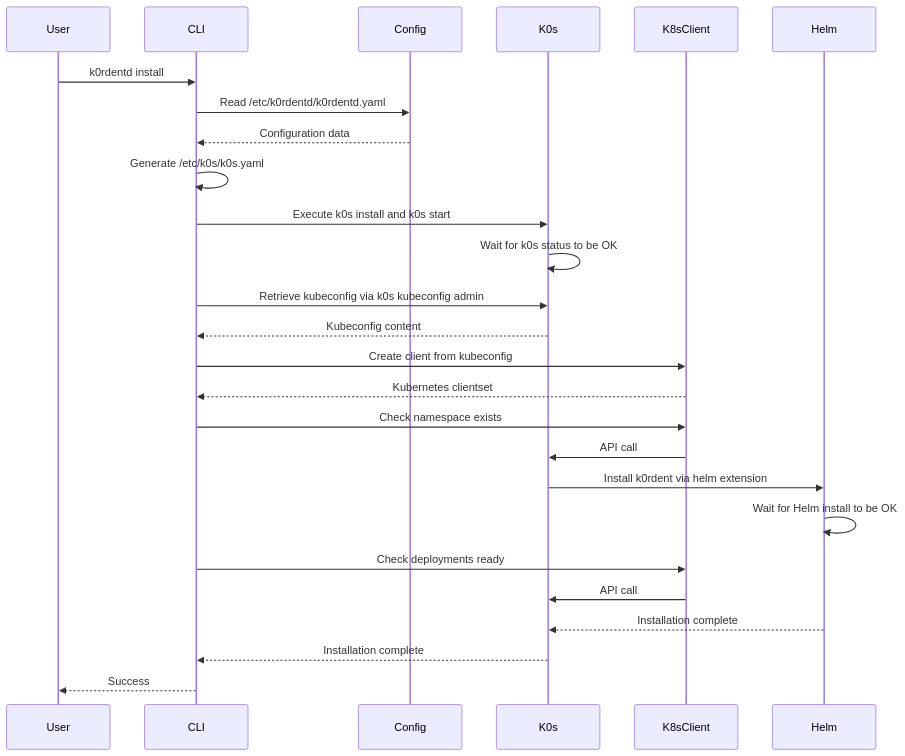
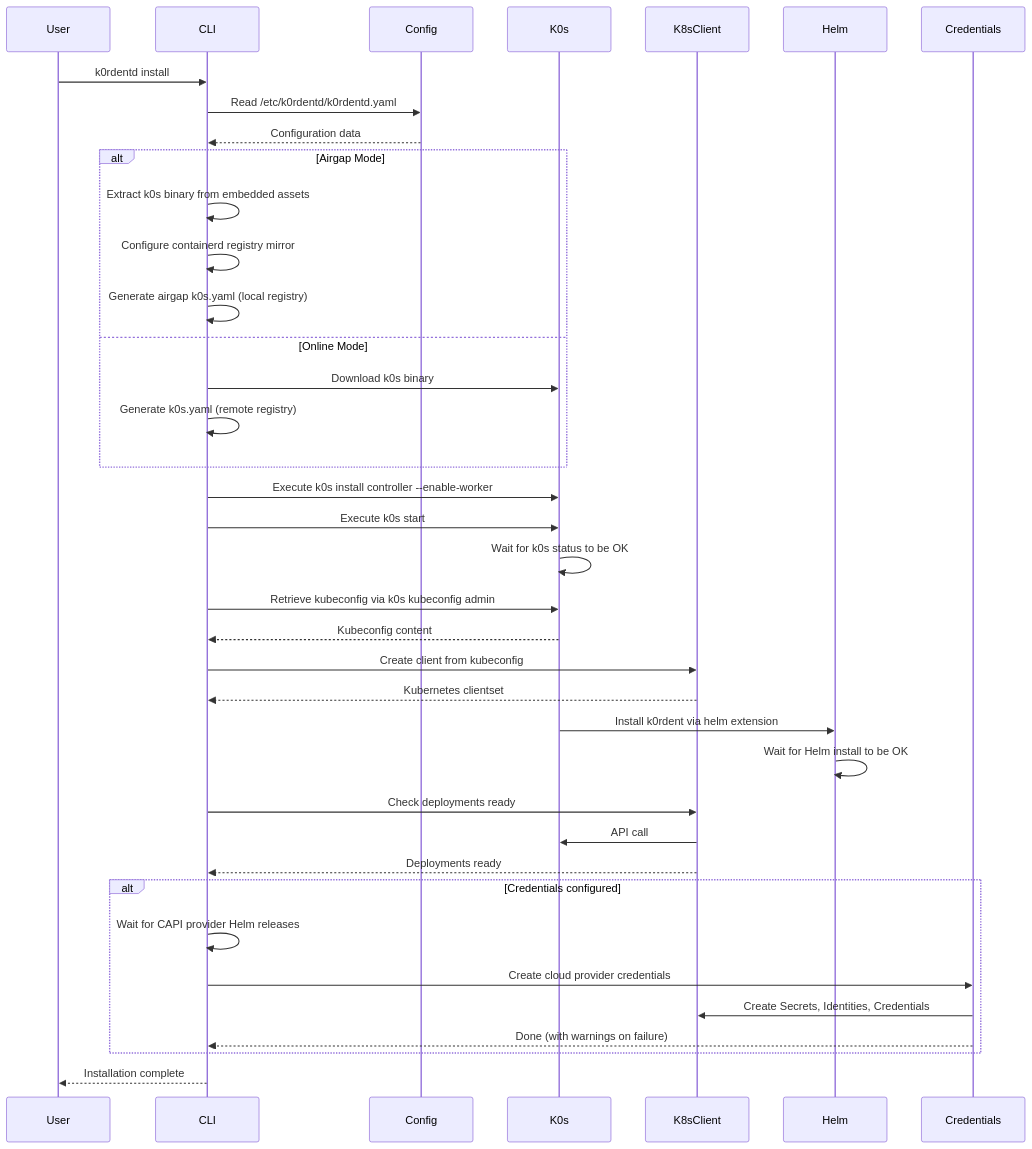
Before and after one commit to belgaied2/k0rdentd: the third of 5 diagrams in ARCHITECTURE.md, drawn with Mermaid. The commit also changed other lines of this file and 1 other file, not shown here.

Commit message:
Updated AGENTS.md and ARCHITECTURE.md for consistency

````diff
--- a/ARCHITECTURE.md
+++ b/ARCHITECTURE.md
@@ -117,29 +210,48 @@
 ```mermaid
 sequenceDiagram
     participant User
     participant CLI
     participant Config
     participant K0s
     participant K8sClient
     participant Helm
+    participant Credentials
 
     User->>CLI: k0rdentd install
     CLI->>Config: Read /etc/k0rdentd/k0rdentd.yaml
     Config-->>CLI: Configuration data
-    CLI->>CLI: Generate /etc/k0s/k0s.yaml
-    CLI->>K0s: Execute k0s install and k0s start
+
+    alt Airgap Mode
+        CLI->>CLI: Extract k0s binary from embedded assets
+        CLI->>CLI: Configure containerd registry mirror
+        CLI->>CLI: Generate airgap k0s.yaml (local registry)
+    else Online Mode
+        CLI->>K0s: Download k0s binary
+        CLI->>CLI: Generate k0s.yaml (remote registry)
+    end
+
+    CLI->>K0s: Execute k0s install controller --enable-worker
+    CLI->>K0s: Execute k0s start
     K0s->>K0s: Wait for k0s status to be OK
+
     CLI->>K0s: Retrieve kubeconfig via k0s kubeconfig admin
     K0s-->>CLI: Kubeconfig content
     CLI->>K8sClient: Create client from kubeconfig
     K8sClient-->>CLI: Kubernetes clientset
-    CLI->>K8sClient: Check namespace exists
-    K8sClient->>K0s: API call
+
     K0s->>Helm: Install k0rdent via helm extension
     Helm->>Helm: Wait for Helm install to be OK
+
     CLI->>K8sClient: Check deployments ready
     K8sClient->>K0s: API call
-    Helm-->>K0s: Installation complete
-    K0s-->>CLI: Installation complete
-    CLI-->>User: Success
+    K8sClient-->>CLI: Deployments ready
+
+    alt Credentials configured
+        CLI->>CLI: Wait for CAPI provider Helm releases
+        CLI->>Credentials: Create cloud provider credentials
+        Credentials->>K8sClient: Create Secrets, Identities, Credentials
+        Credentials-->>CLI: Done (with warnings on failure)
+    end
+
+    CLI-->>User: Installation complete
 ```
````
